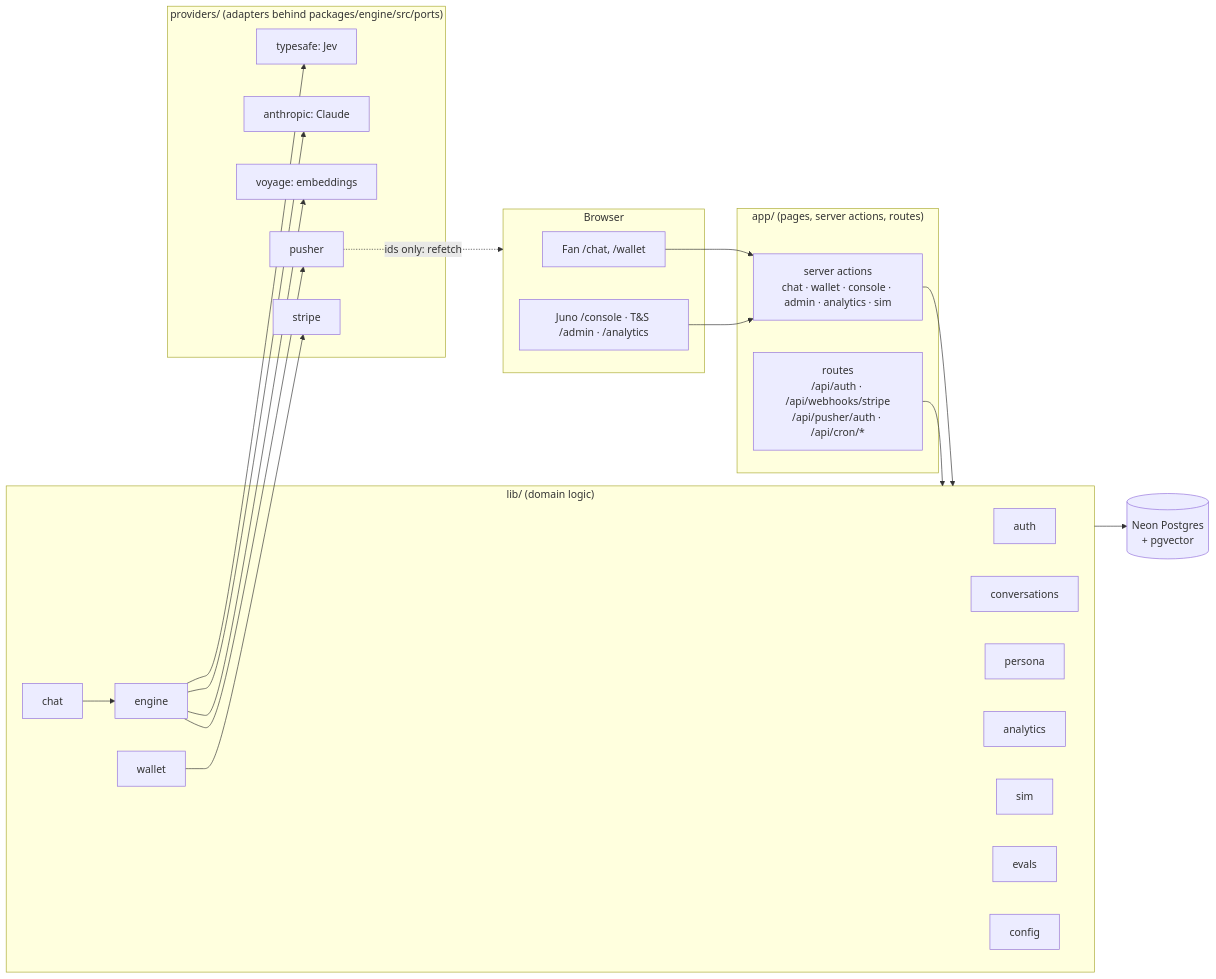
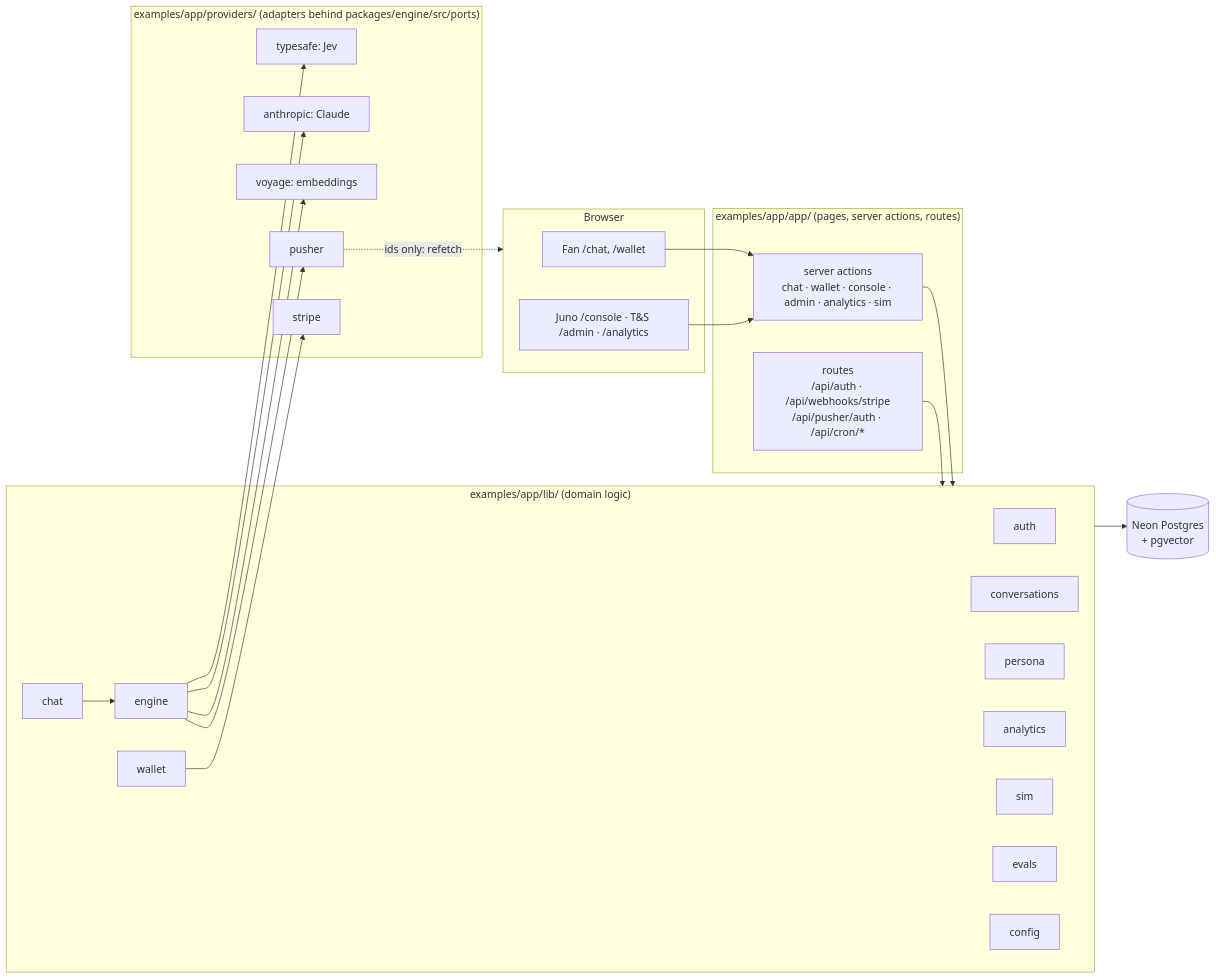
Before and after one commit to jadd0/understudy: the first of 2 diagrams in docs/APP.md, drawn with Mermaid. The commit also changed other lines of this file and 33 other files, not shown here.

Commit message:
docs: examples/app paths, layout and five-minute demo; run Next from the repo root

````diff
--- a/docs/APP.md
+++ b/docs/APP.md
@@ -135,40 +135,40 @@
 ```mermaid
 flowchart LR
   subgraph Browser
     FanUI["Fan /chat, /wallet"]
     StaffUI["Juno /console · T&S /admin · /analytics"]
   end
-  subgraph App["app/ (pages, server actions, routes)"]
+  subgraph App["examples/app/app/ (pages, server actions, routes)"]
     Actions["server actions<br/>chat · wallet · console · admin · analytics · sim"]
     Routes["routes<br/>/api/auth · /api/webhooks/stripe<br/>/api/pusher/auth · /api/cron/*"]
   end
-  subgraph Lib["lib/ (domain logic)"]
+  subgraph Lib["examples/app/lib/ (domain logic)"]
     Auth[auth]
     Chat[chat]
     Engine[engine]
     Conv[conversations]
     Wallet[wallet]
     Persona[persona]
     Analytics[analytics]
     Sim[sim]
     Evals[evals]
     Config[config]
   end
-  subgraph Providers["providers/ (adapters behind packages/engine/src/ports)"]
+  subgraph Providers["examples/app/providers/ (adapters behind packages/engine/src/ports)"]
     Jev["typesafe: Jev"]
     Claude["anthropic: Claude"]
     Voyage["voyage: embeddings"]
     Stripe[stripe]
     Pusher[pusher]
   end
   DB[(Neon Postgres<br/>+ pgvector)]
   FanUI --> Actions
   StaffUI --> Actions
   Actions --> Lib
   Routes --> Lib
   Chat --> Engine
   Engine --> Jev & Claude & Voyage & Pusher
   Wallet --> Stripe
   Lib --> DB
   Pusher -. "ids only: refetch" .-> Browser
 ```
````
